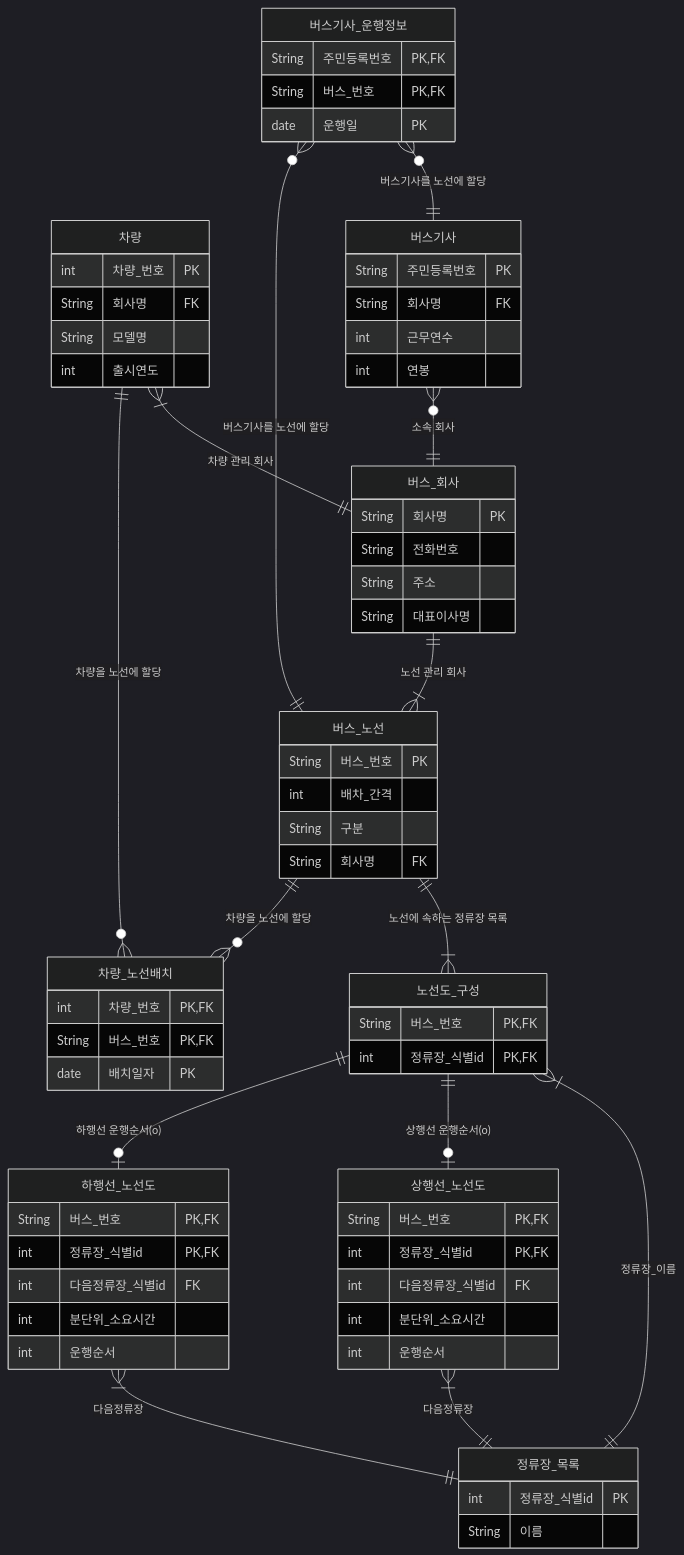
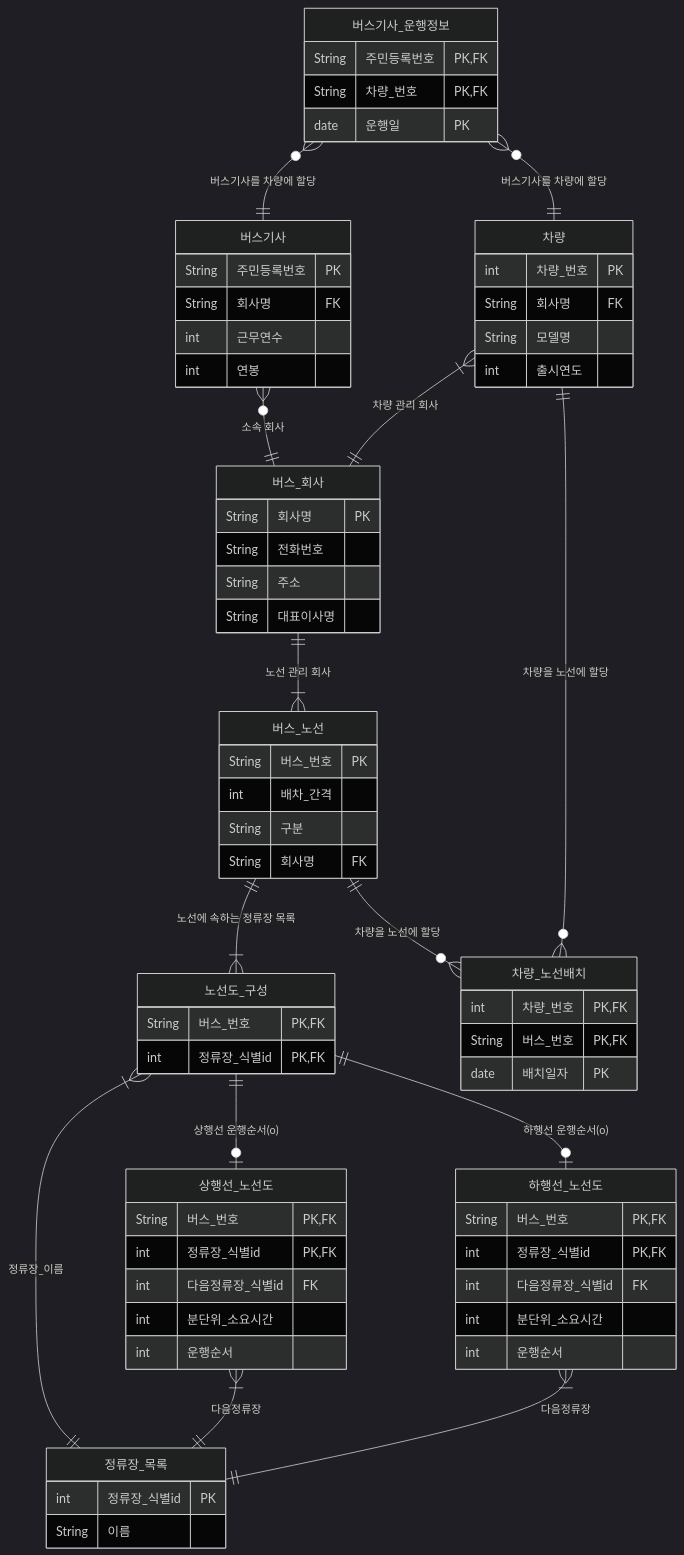
One commit to zerojun040329-eng/test-260401 changed the second of 2 diagrams in README.md. Above: the diagram before and after it, drawn with Mermaid (dark theme). The commit also changed other lines of this file, not shown here.

````diff
--- a/README.md
+++ b/README.md
@@ -66,73 +67,73 @@
 ```mermaid
 erDiagram
   버스_노선 {
     String 버스_번호 PK
     int 배차_간격 
     String 구분
     String 회사명 FK
   }
   정류장_목록 {
     int 정류장_식별id PK
     String 이름
   }
   노선도_구성 {
     String 버스_번호 PK, FK
     int 정류장_식별id PK, FK
   }
   상행선_노선도 {
     String 버스_번호 PK, FK
     int 정류장_식별id PK, FK
     int 다음정류장_식별id FK
     int 분단위_소요시간
     int 운행순서
   }
   하행선_노선도 {
     String 버스_번호 PK, FK
     int 정류장_식별id PK, FK
     int 다음정류장_식별id FK
     int 분단위_소요시간
     int 운행순서
   }
   버스_회사 {
     String 회사명 PK
     String 전화번호
     String 주소
     String 대표이사명
   }
   차량 {
     int 차량_번호 PK
     String 회사명 FK
     String 모델명
     int 출시연도
   }
   차량_노선배치 {
     int 차량_번호 PK, FK
     String 버스_번호 PK, FK
     date 배치일자 PK
   }
   버스기사 {
     String 주민등록번호 PK
     String 회사명 FK
     int 근무연수
     int 연봉
   }
   버스기사_운행정보 {
     String 주민등록번호 PK, FK
-    String 버스_번호 PK, FK
+    String 차량_번호 PK, FK
     date 운행일 PK
   }
 
   버스_회사 ||--|{ 버스_노선 : "노선 관리 회사"
   차량 |{--|| 버스_회사 : "차량 관리 회사"
   버스_노선 ||--|{ 노선도_구성 : "노선에 속하는 정류장 목록"
   노선도_구성 |{--|| 정류장_목록 : "정류장_이름"
   노선도_구성 ||--o| 상행선_노선도 : "상행선 운행순서(o)"
   노선도_구성 ||--o| 하행선_노선도 : "하행선 운행순서(o)"
   상행선_노선도 |{--|| 정류장_목록 : "다음정류장"
   하행선_노선도 |{--|| 정류장_목록 : "다음정류장"
-  버스기사_운행정보 o{--|| 버스기사 : "버스기사를 노선에 할당"
-  버스기사_운행정보 o{--|| 버스_노선 : "버스기사를 노선에 할당"
+  버스기사_운행정보 o{--|| 버스기사 : "버스기사를 차량에 할당"
+  버스기사_운행정보 o{--|| 차량 : "버스기사를 차량에 할당"
   버스_노선 ||--o{ 차량_노선배치 : "차량을 노선에 할당"
   차량 ||--o{ 차량_노선배치 : "차량을 노선에 할당"
   버스기사 o{--|| 버스_회사 : "소속 회사"
 ```
````
